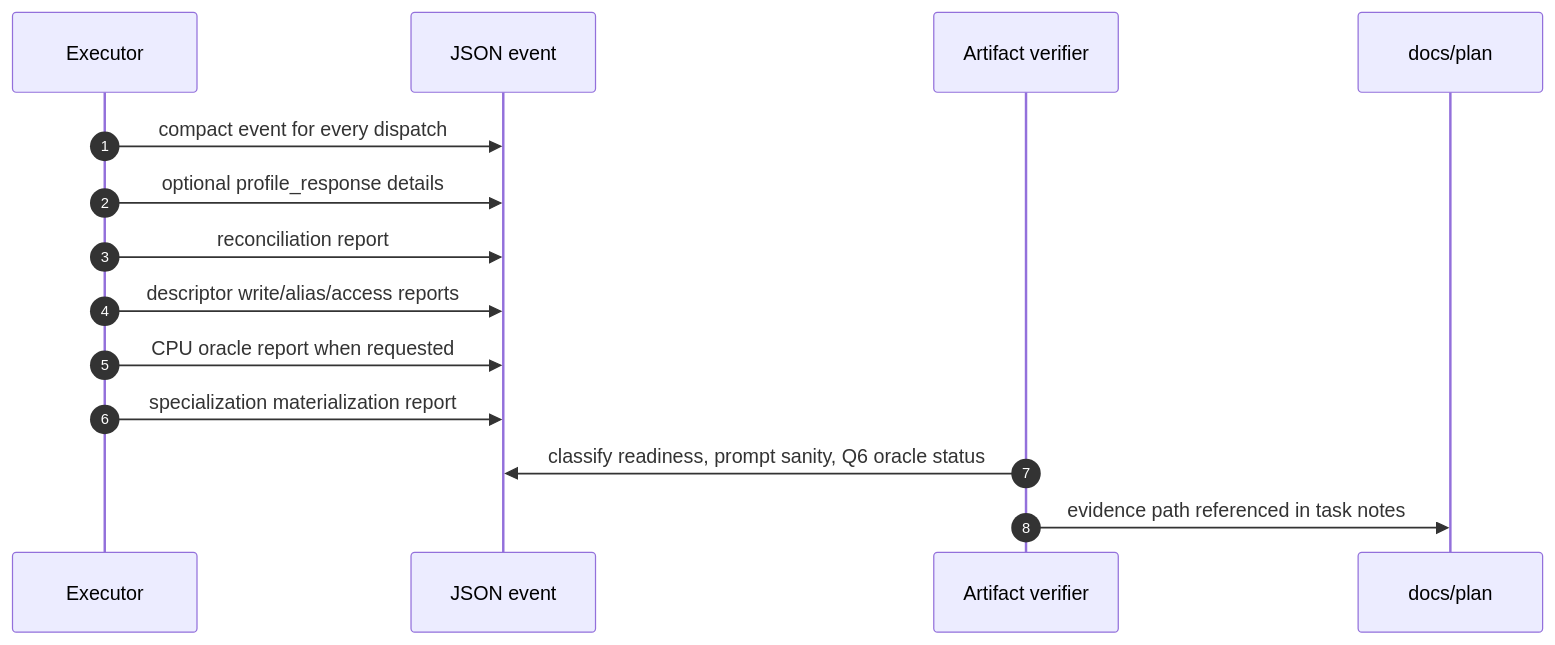
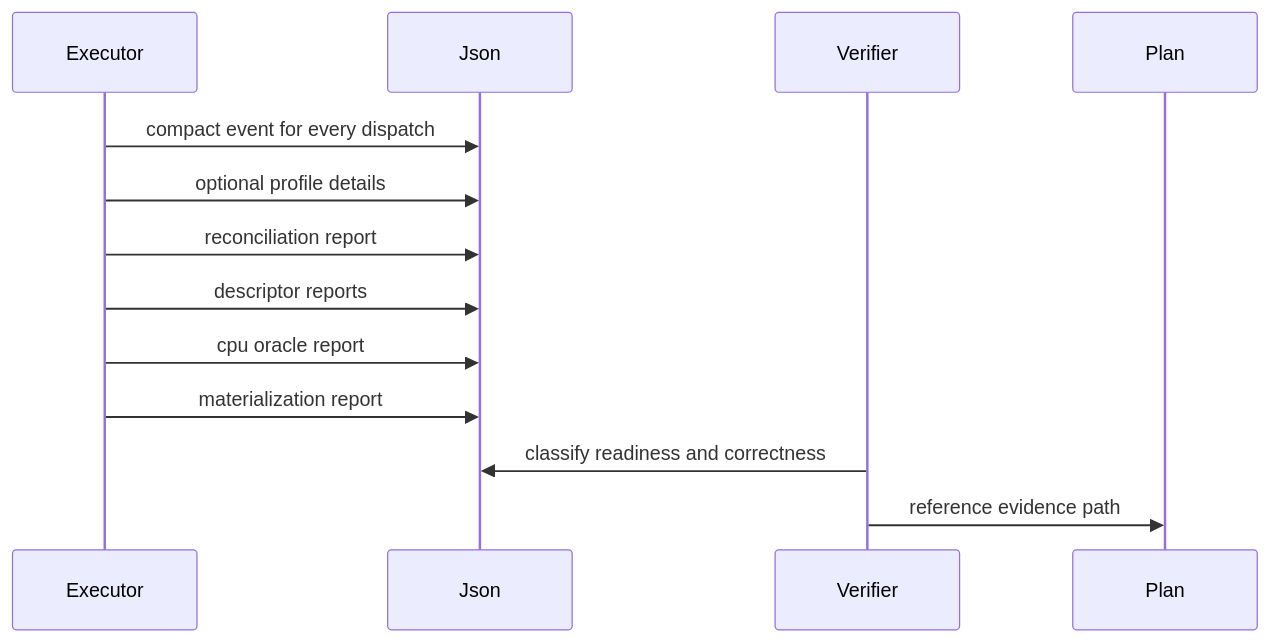
Before and after one commit to ryo100794/skydnir: the sixth of 6 diagrams in docs/design/VULKAN_BRIDGE_SEQUENCE.md, drawn with Mermaid. The commit also changed other lines of this file and 7 other files, not shown here.

````diff
--- a/docs/design/VULKAN_BRIDGE_SEQUENCE.md
+++ b/docs/design/VULKAN_BRIDGE_SEQUENCE.md
@@ -280,17 +277,16 @@
 ```mermaid
 sequenceDiagram
-    autonumber
-    participant Exec as Executor
-    participant JSON as JSON event
-    participant Verifier as Artifact verifier
-    participant Plan as docs/plan
+    participant Executor
+    participant Json
+    participant Verifier
+    participant Plan
 
-    Exec->>JSON: compact event for every dispatch
-    Exec->>JSON: optional profile_response details
-    Exec->>JSON: reconciliation report
-    Exec->>JSON: descriptor write/alias/access reports
-    Exec->>JSON: CPU oracle report when requested
-    Exec->>JSON: specialization materialization report
-    Verifier->>JSON: classify readiness, prompt sanity, Q6 oracle status
-    Verifier->>Plan: evidence path referenced in task notes
+    Executor->>Json: compact event for every dispatch
+    Executor->>Json: optional profile details
+    Executor->>Json: reconciliation report
+    Executor->>Json: descriptor reports
+    Executor->>Json: cpu oracle report
+    Executor->>Json: materialization report
+    Verifier->>Json: classify readiness and correctness
+    Verifier->>Plan: reference evidence path
 ```
````
